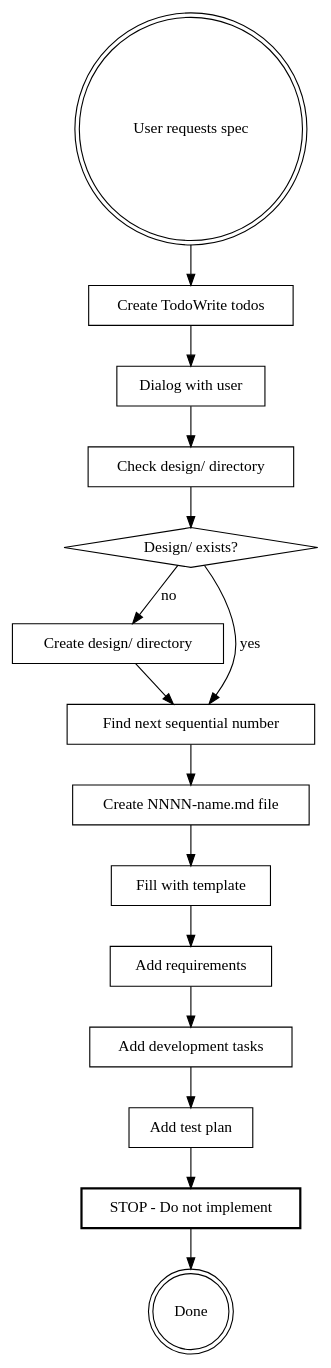
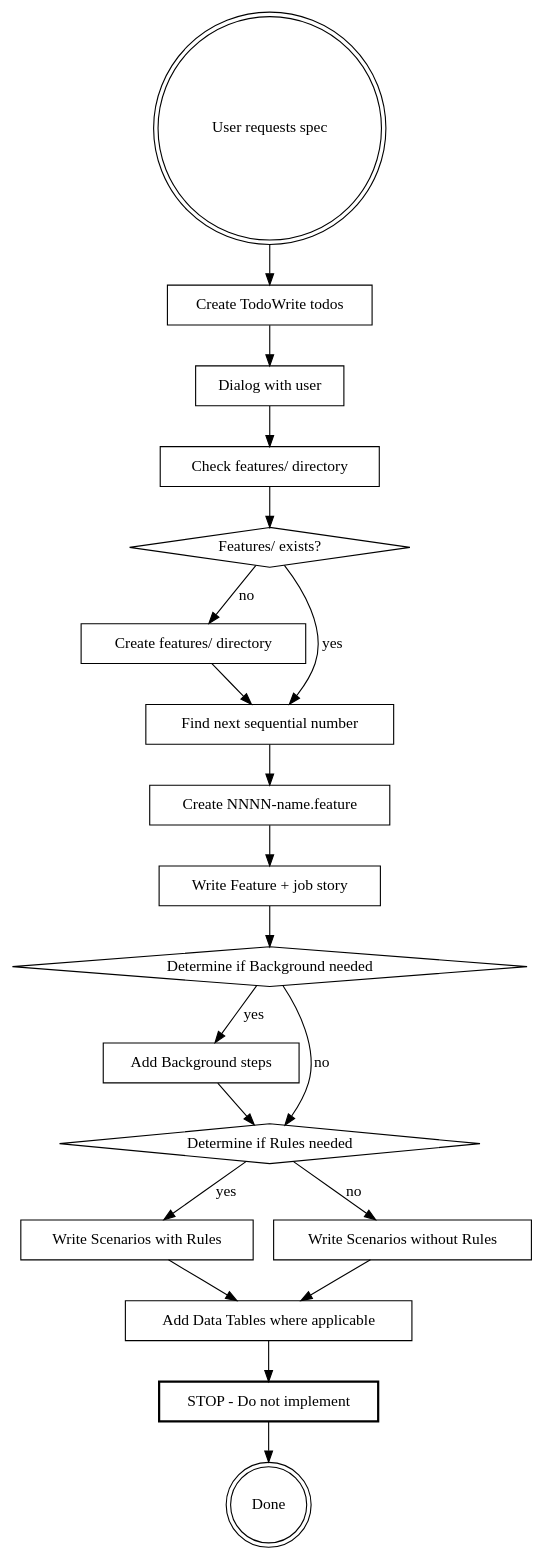
Before and after one commit to JohnStrunk/template: the diagram in .claude/skills/feature/SKILL.md, drawn with Graphviz. The commit also changed other lines of this file and 3 other files, not shown here.

````diff
--- a/.claude/skills/feature/SKILL.md
+++ b/.claude/skills/feature/SKILL.md
@@ -33,33 +35,42 @@
 ```dot
 digraph feature_spec {
+    rankdir=TB;
     "User requests spec" [shape=doublecircle];
     "Create TodoWrite todos" [shape=box];
     "Dialog with user" [shape=box];
-    "Check design/ directory" [shape=box];
-    "Design/ exists?" [shape=diamond];
-    "Create design/ directory" [shape=box];
+    "Check features/ directory" [shape=box];
+    "Features/ exists?" [shape=diamond];
+    "Create features/ directory" [shape=box];
     "Find next sequential number" [shape=box];
-    "Create NNNN-name.md file" [shape=box];
-    "Fill with template" [shape=box];
-    "Add requirements" [shape=box];
-    "Add development tasks" [shape=box];
-    "Add test plan" [shape=box];
+    "Create NNNN-name.feature" [shape=box];
+    "Write Feature + job story" [shape=box];
+    "Determine if Background needed" [shape=diamond];
+    "Add Background steps" [shape=box];
+    "Determine if Rules needed" [shape=diamond];
+    "Write Scenarios with Rules" [shape=box];
+    "Write Scenarios without Rules" [shape=box];
+    "Add Data Tables where applicable" [shape=box];
     "STOP - Do not implement" [shape=box, style=bold];
     "Done" [shape=doublecircle];
 
     "User requests spec" -> "Create TodoWrite todos";
     "Create TodoWrite todos" -> "Dialog with user";
-    "Dialog with user" -> "Check design/ directory";
-    "Check design/ directory" -> "Design/ exists?";
-    "Design/ exists?" -> "Create design/ directory" [label="no"];
-    "Design/ exists?" -> "Find next sequential number" [label="yes"];
-    "Create design/ directory" -> "Find next sequential number";
-    "Find next sequential number" -> "Create NNNN-name.md file";
-    "Create NNNN-name.md file" -> "Fill with template";
-    "Fill with template" -> "Add requirements";
-    "Add requirements" -> "Add development tasks";
-    "Add development tasks" -> "Add test plan";
-    "Add test plan" -> "STOP - Do not implement";
+    "Dialog with user" -> "Check features/ directory";
+    "Check features/ directory" -> "Features/ exists?";
+    "Features/ exists?" -> "Create features/ directory" [label="no"];
+    "Features/ exists?" -> "Find next sequential number" [label="yes"];
+    "Create features/ directory" -> "Find next sequential number";
+    "Find next sequential number" -> "Create NNNN-name.feature";
+    "Create NNNN-name.feature" -> "Write Feature + job story";
+    "Write Feature + job story" -> "Determine if Background needed";
+    "Determine if Background needed" -> "Add Background steps" [label="yes"];
+    "Determine if Background needed" -> "Determine if Rules needed" [label="no"];
+    "Add Background steps" -> "Determine if Rules needed";
+    "Determine if Rules needed" -> "Write Scenarios with Rules" [label="yes"];
+    "Determine if Rules needed" -> "Write Scenarios without Rules" [label="no"];
+    "Write Scenarios with Rules" -> "Add Data Tables where applicable";
+    "Write Scenarios without Rules" -> "Add Data Tables where applicable";
+    "Add Data Tables where applicable" -> "STOP - Do not implement";
     "STOP - Do not implement" -> "Done";
 }
 ```
````
